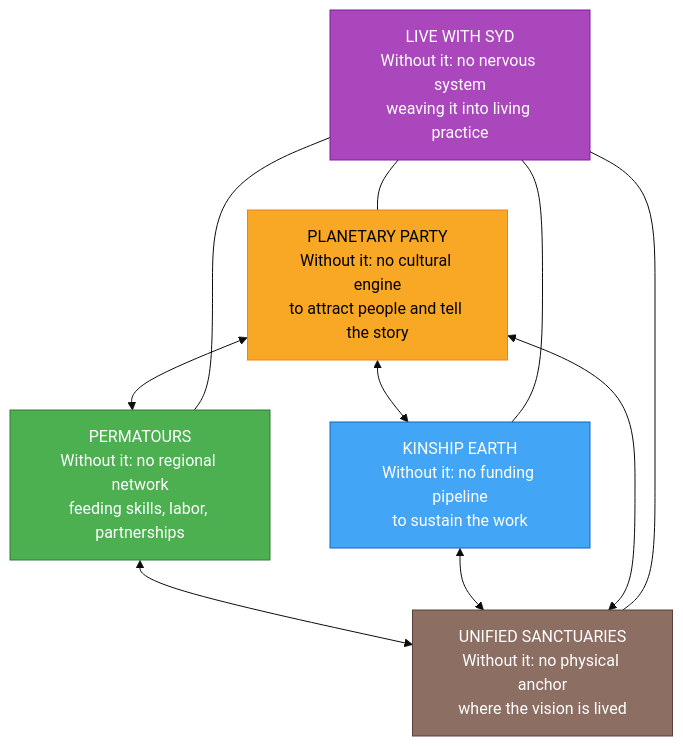
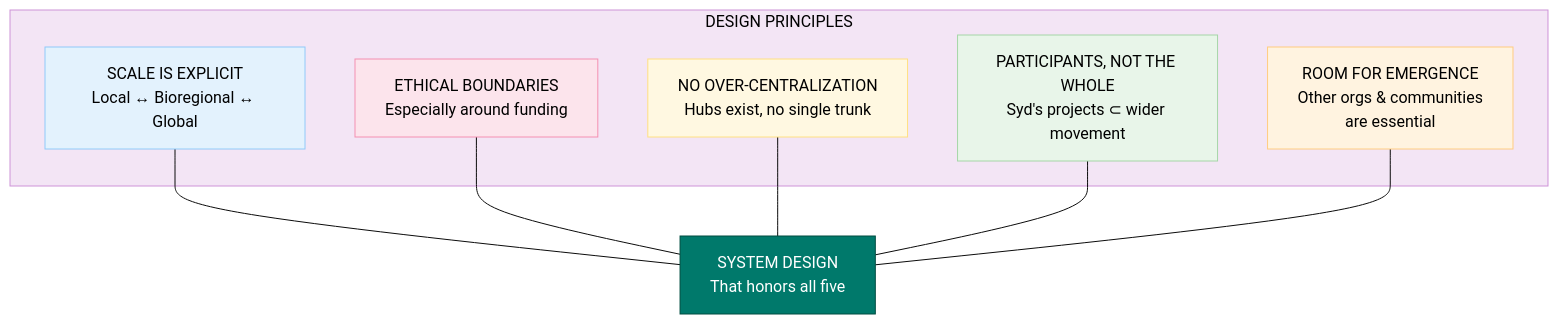
One commit to Light-Brands/brand-factory changed diagram 14 of 14 in brands/sydney/ecosystem-map.md. Above: the diagram before and after it, drawn with Mermaid (base theme). The commit also changed other lines of this file and 6 other files, not shown here.

First line of the commit message:
Update ecosystem docs to reflect scale, boundaries, and open framing

````diff
--- a/brands/sydney/ecosystem-map.md
+++ b/brands/sydney/ecosystem-map.md
@@ -751,25 +762,25 @@
 ```mermaid
 flowchart TD
-    PP["PLANETARY PARTY\nWithout it: no cultural engine\nto attract people and tell the story"]
-    PT["PERMATOURS\nWithout it: no regional network\nfeeding skills, labor, partnerships"]
-    US["UNIFIED SANCTUARIES\nWithout it: no physical anchor\nwhere the vision is lived"]
-    KE["KINSHIP EARTH\nWithout it: no funding pipeline\nto sustain the work"]
-    LWS["LIVE WITH SYD\nWithout it: no nervous system\nweaving it into living practice"]
+    subgraph DESIGN["DESIGN PRINCIPLES"]
+        S["SCALE IS EXPLICIT\nLocal ↔ Bioregional ↔ Global"]
+        B["ETHICAL BOUNDARIES\nEspecially around funding"]
+        N["NO OVER-CENTRALIZATION\nHubs exist, no single trunk"]
+        P["PARTICIPANTS, NOT THE WHOLE\nSyd's projects ⊂ wider movement"]
+        E["ROOM FOR EMERGENCE\nOther orgs & communities\nare essential"]
+    end
 
-    PP <--> PT
-    PP <--> KE
-    PT <--> US
-    KE <--> US
-    PP <--> US
+    S --- SYSTEM["SYSTEM DESIGN\nThat honors all five"]
 
-    LWS --- PP
-    LWS --- PT
-    LWS --- US
-    LWS --- KE
+    B --- SYSTEM
+    N --- SYSTEM
+    P --- SYSTEM
+    E --- SYSTEM
 
-    style PP fill:#F9A825,stroke:#F57F17,color:#000
-    style PT fill:#4CAF50,stroke:#2E7D32,color:#fff
-    style US fill:#8D6E63,stroke:#5D4037,color:#fff
-    style KE fill:#42A5F5,stroke:#1565C0,color:#fff
-    style LWS fill:#AB47BC,stroke:#7B1FA2,color:#fff
+    style DESIGN fill:#F3E5F5,stroke:#CE93D8,color:#000
+    style SYSTEM fill:#00796B,stroke:#004D40,color:#fff
+    style S fill:#E3F2FD,stroke:#90CAF9,color:#000
+    style B fill:#FCE4EC,stroke:#F48FB1,color:#000
+    style N fill:#FFF8E1,stroke:#FFE082,color:#000
+    style P fill:#E8F5E9,stroke:#A5D6A7,color:#000
+    style E fill:#FFF3E0,stroke:#FFCC80,color:#000
 ```
````
